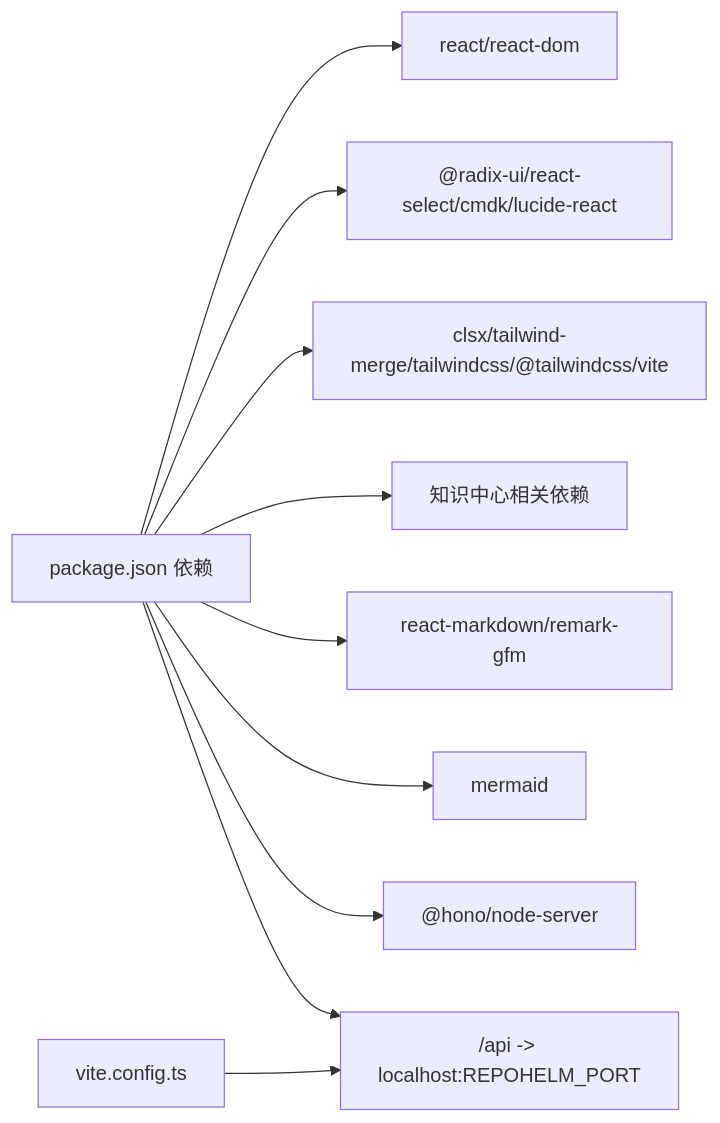
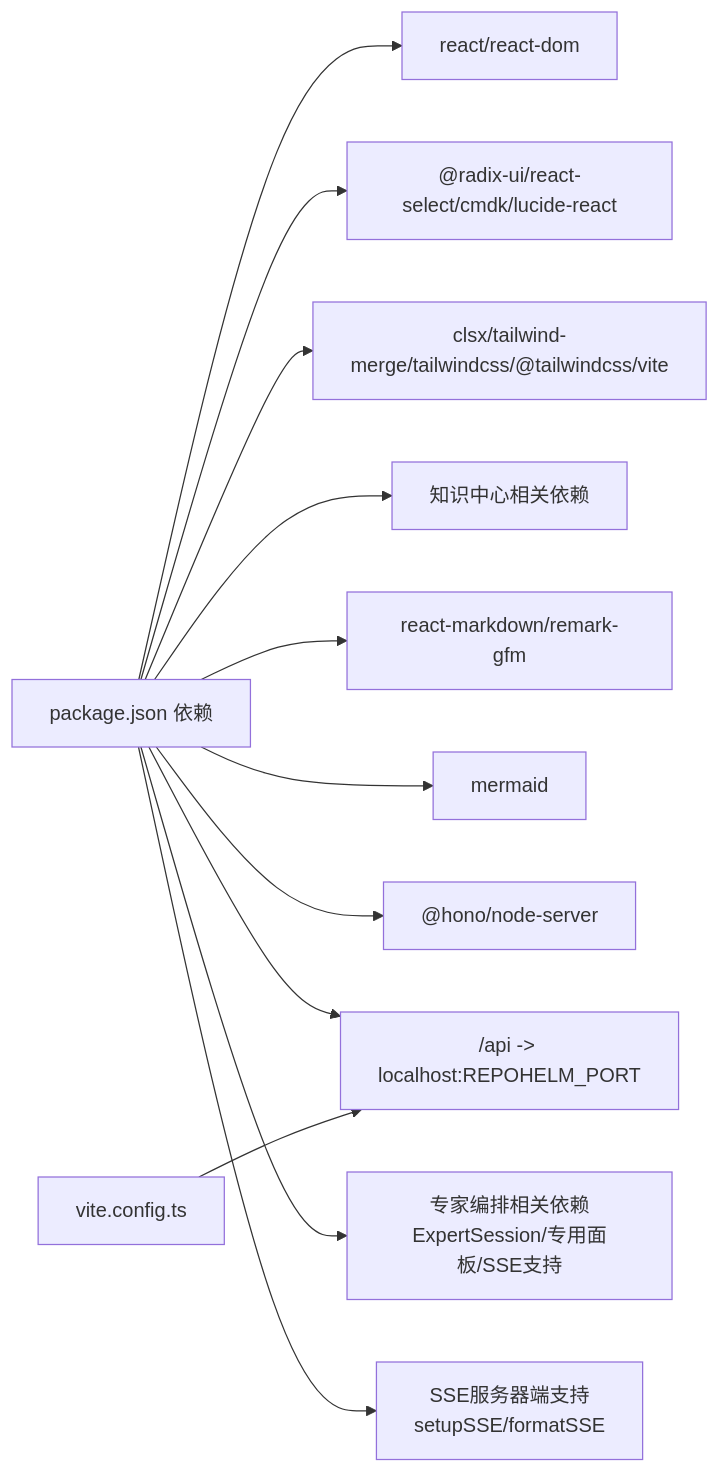
One commit to coconilu/RepoHelm changed diagram 22 of 22 in .qoder/repowiki/zh/content/Web 前端应用/Web 前端应用.md. Above: the diagram before and after it, drawn with Mermaid. The commit also changed other lines of this file and 14 other files, not shown here.

First line of the commit message:
Add expert orchestration UI and SSE support

````diff
--- a/.qoder/repowiki/zh/content/Web 前端应用/Web 前端应用.md
+++ b/.qoder/repowiki/zh/content/Web 前端应用/Web 前端应用.md
@@ -1049,12 +1470,14 @@
 ```mermaid
 graph LR
 PKG["package.json 依赖"] --> REACT["react/react-dom"]
 PKG --> UI["@radix-ui/react-select/cmdk/lucide-react"]
 PKG --> STYLE["clsx/tailwind-merge/tailwindcss/@tailwindcss/vite"]
 PKG --> KNOWLEDGE["知识中心相关依赖"]
 PKG --> MARKDOWN["react-markdown/remark-gfm"]
 PKG --> MERMAID["mermaid"]
 PKG --> GIT["@hono/node-server"]
 PKG --> PROXY["代理设置相关依赖"]
+PKG --> ORCHESTRATION["专家编排相关依赖<br/>ExpertSession/专用面板/SSE支持"]
+PKG --> SSE["SSE服务器端支持<br/>setupSSE/formatSSE"]
 VITE["vite.config.ts"] --> PROXY["/api -> localhost:REPOHELM_PORT"]
 ```
````
